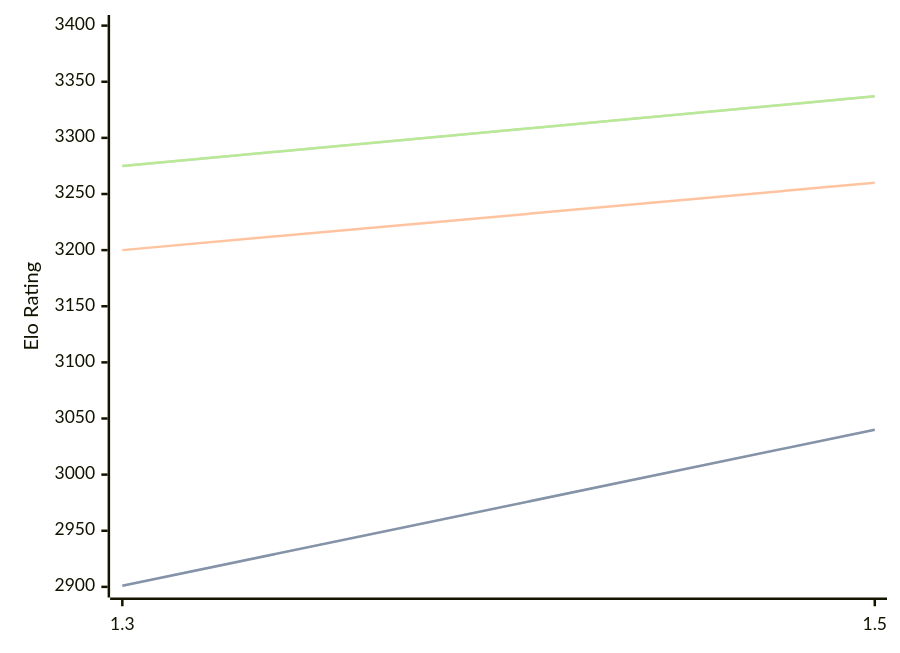
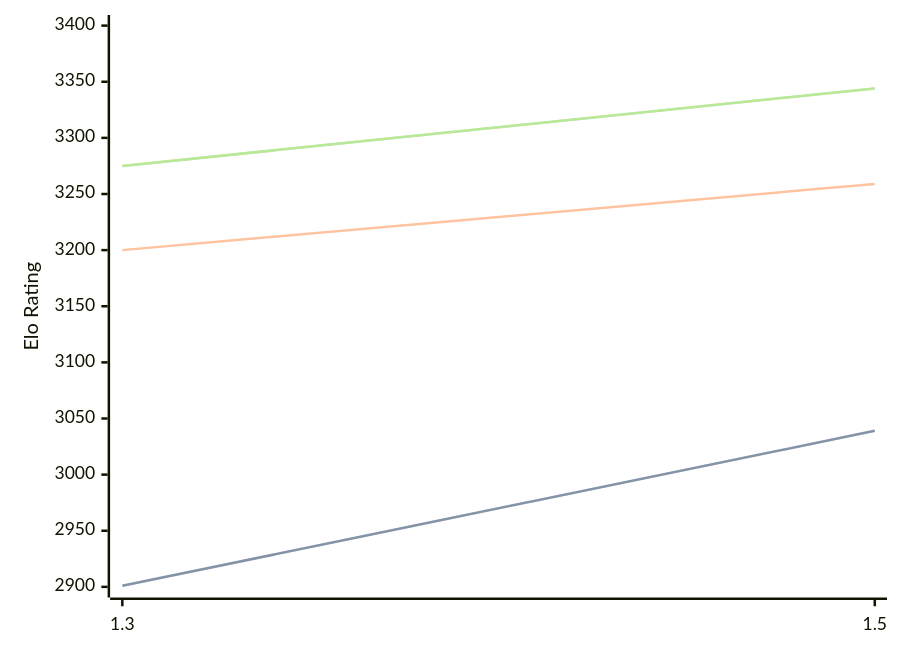
The third of 3 diagrams in engines/Lambergar.md (computer-chess-index/cci), drawn with Mermaid before and after one commit. The commit also changed other lines of this file, not shown here.

Commit message:
Update CCI Ratings (ELO VLTC) - 2026-07-12

````diff
--- a/engines/Lambergar.md
+++ b/engines/Lambergar.md
@@ -77,11 +77,11 @@
 ```mermaid
 %%{init: {"theme":"base","themeVariables":{"seriesColors:['#a3a3a3','#222221','#faa371']}}}%%
 xychart-beta
   x-axis ["1.3", "1.5"]
   y-axis "Elo Rating" 2900 --> 3400
-  line "STC (8.0+0.08s)" [2901, 3040]
-  line "STC (8.0+0.08s)" [2901, 3040]
-  line "LTC (60.0+0.60s)" [3200, 3260]
-  line "VLTC (2m24s+1.12s)" [3275, 3337]
-  line "VLTC (2m24s+1.12s)" [3275, 3337]
+  line "STC (8.0+0.08s)" [2901, 3039]
+  line "STC (8.0+0.08s)" [2901, 3039]
+  line "LTC (60.0+0.60s)" [3200, 3259]
+  line "VLTC (2m24s+1.12s)" [3275, 3344]
+  line "VLTC (2m24s+1.12s)" [3275, 3344]
 ```
````
